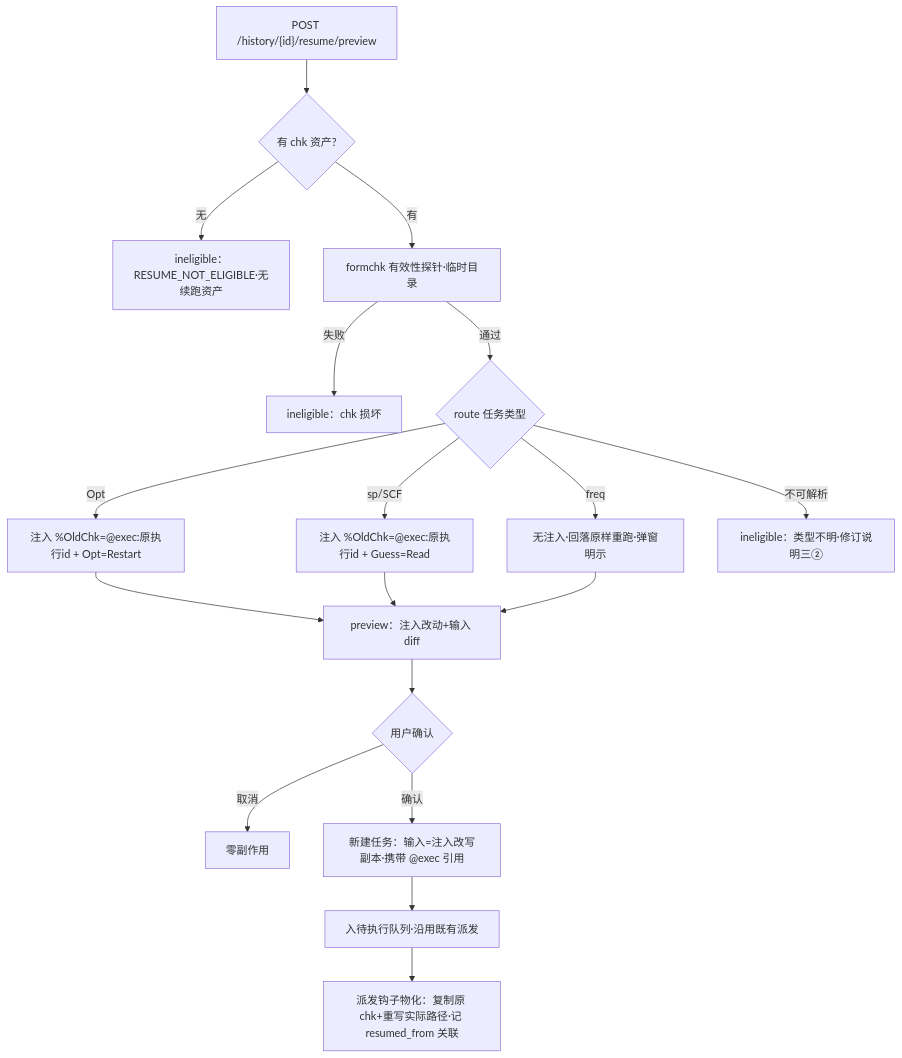
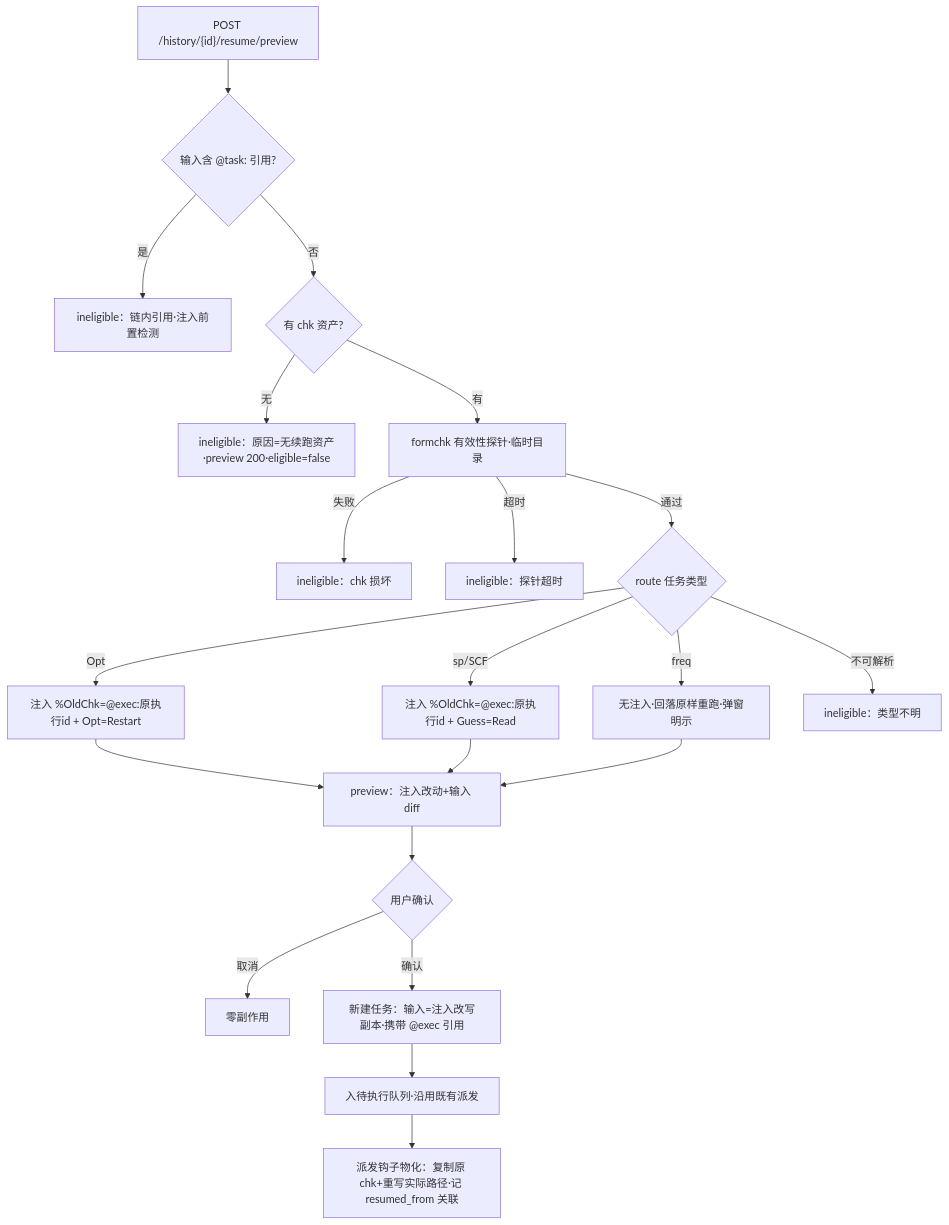
One commit to baizhancaiji/gauforge changed the third of 4 diagrams in docs/plans/m4-plan.md. Above: the diagram before and after it, drawn with Mermaid. The commit also changed other lines of this file, not shown here.

````diff
--- a/docs/plans/m4-plan.md
+++ b/docs/plans/m4-plan.md
@@ -421,20 +537,23 @@
 ```mermaid
 flowchart TD
-    RES["POST /history/{id}/resume/preview"] --> HAS{有 chk 资产?}
-    HAS -->|无| INEL[ineligible：RESUME_NOT_ELIGIBLE·无续跑资产]
+    RES["POST /history/{id}/resume/preview"] --> REF{输入含 @task: 引用?}
+    REF -->|是| INEL0[ineligible：链内引用·注入前置检测]
+    REF -->|否| HAS{有 chk 资产?}
+    HAS -->|无| INEL[ineligible：原因=无续跑资产·preview 200·eligible=false]
     HAS -->|有| PROBE[formchk 有效性探针·临时目录]
     PROBE -->|失败| INEL2[ineligible：chk 损坏]
+    PROBE -->|超时| INEL4[ineligible：探针超时]
     PROBE -->|通过| TYPE{route 任务类型}
     TYPE -->|Opt| INJ1["注入 %OldChk=@exec:原执行id + Opt=Restart"]
     TYPE -->|sp/SCF| INJ2["注入 %OldChk=@exec:原执行id + Guess=Read"]
     TYPE -->|freq| INJ3[无注入·回落原样重跑·弹窗明示]
-    TYPE -->|不可解析| INEL3[ineligible：类型不明·修订说明三②]
+    TYPE -->|不可解析| INEL3[ineligible：类型不明]
     INJ1 --> DIFF[preview：注入改动+输入 diff]
     INJ2 --> DIFF
     INJ3 --> DIFF
     DIFF --> CONF{用户确认}
     CONF -->|取消| STOP[零副作用]
     CONF -->|确认| NEWT[新建任务：输入=注入改写副本·携带 @exec 引用]
     NEWT --> SEAT[入待执行队列·沿用既有派发]
     SEAT --> MAT[派发钩子物化：复制原 chk+重写实际路径·记 resumed_from 关联]
 ```
````
